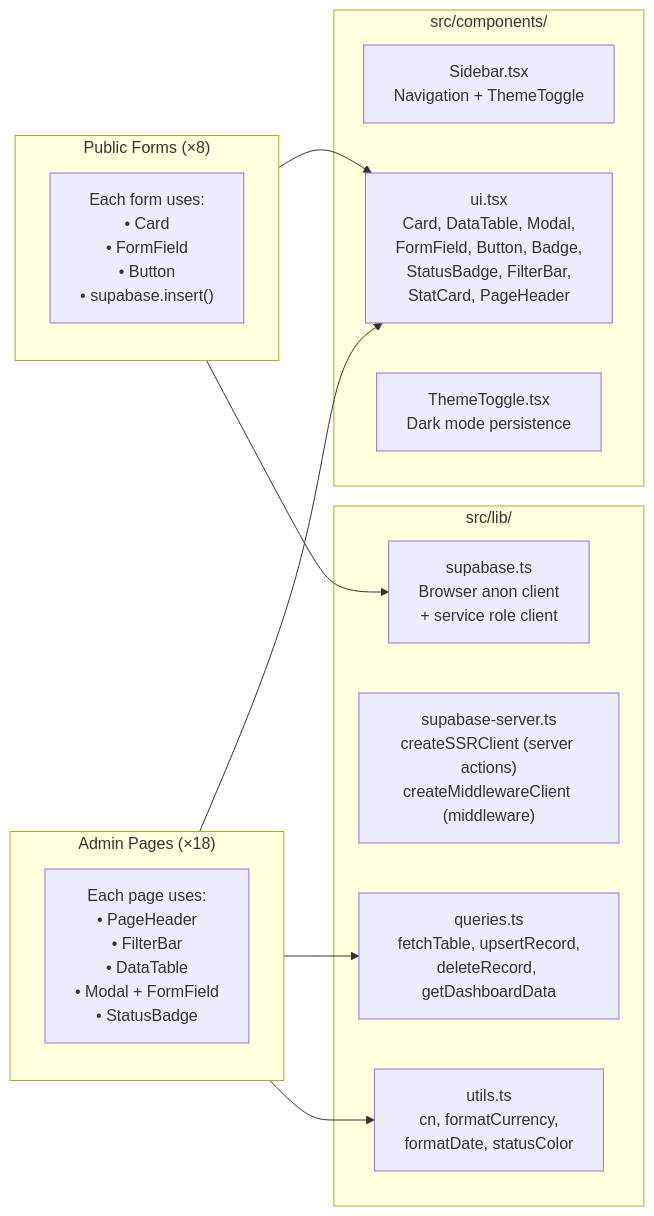
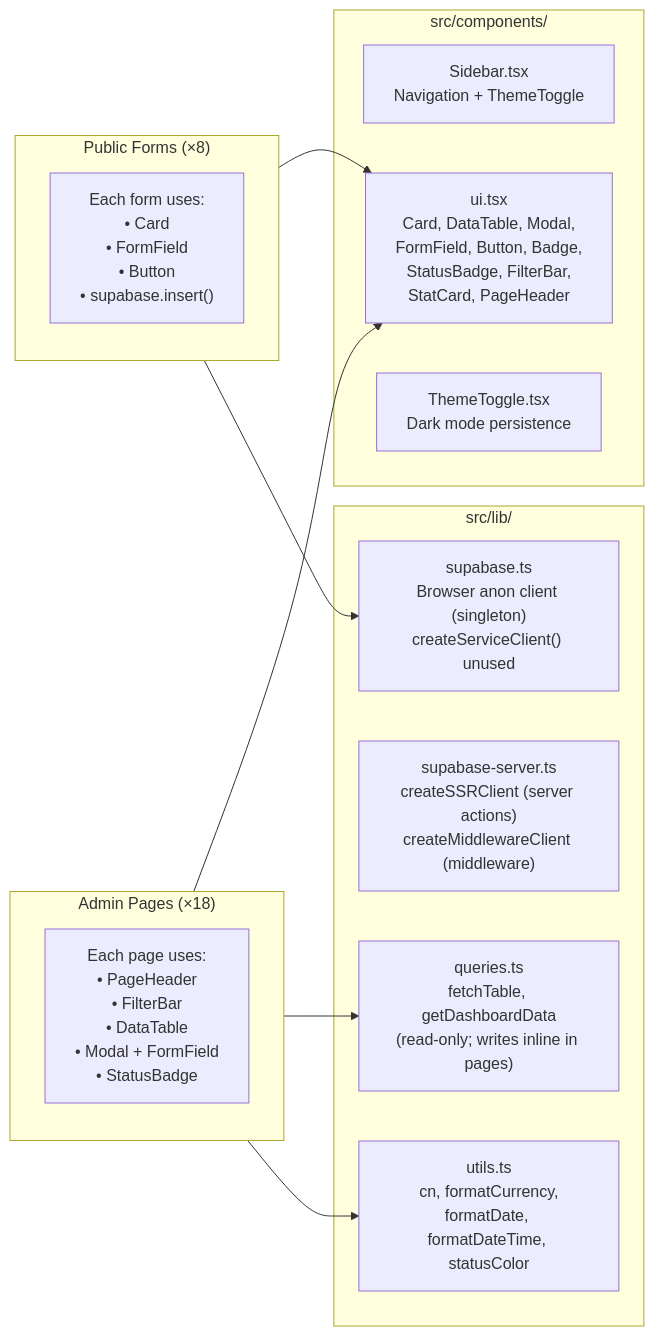
One commit to AIXMOS537/TMMT changed the second of 5 diagrams in docs/ARCHITECTURE.md. Above: the diagram before and after it, drawn with Mermaid. The commit also changed other lines of this file and 2 other files, not shown here.

First line of the commit message:
docs: sync ARCHITECTURE, STATUS, README with current codebase state

````diff
--- a/docs/ARCHITECTURE.md
+++ b/docs/ARCHITECTURE.md
@@ -113,29 +113,29 @@
 ```mermaid
 graph LR
     subgraph SharedComponents["src/components/"]
         Sidebar["Sidebar.tsx<br/>Navigation + ThemeToggle"]
         UI["ui.tsx<br/>Card, DataTable, Modal,<br/>FormField, Button, Badge,<br/>StatusBadge, FilterBar,<br/>StatCard, PageHeader"]
         Theme["ThemeToggle.tsx<br/>Dark mode persistence"]
     end
 
     subgraph Lib["src/lib/"]
-        Supabase["supabase.ts<br/>Browser anon client<br/>+ service role client"]
+        Supabase["supabase.ts<br/>Browser anon client (singleton)<br/>createServiceClient() unused"]
         SupabaseServer["supabase-server.ts<br/>createSSRClient (server actions)<br/>createMiddlewareClient (middleware)"]
-        Queries["queries.ts<br/>fetchTable, upsertRecord,<br/>deleteRecord, getDashboardData"]
-        Utils["utils.ts<br/>cn, formatCurrency,<br/>formatDate, statusColor"]
+        Queries["queries.ts<br/>fetchTable, getDashboardData<br/>(read-only; writes inline in pages)"]
+        Utils["utils.ts<br/>cn, formatCurrency,<br/>formatDate, formatDateTime, statusColor"]
     end
 
     subgraph Pages["Admin Pages (×18)"]
         P["Each page uses:<br/>• PageHeader<br/>• FilterBar<br/>• DataTable<br/>• Modal + FormField<br/>• StatusBadge"]
     end
 
     subgraph Forms["Public Forms (×8)"]
         F["Each form uses:<br/>• Card<br/>• FormField<br/>• Button<br/>• supabase.insert()"]
     end
 
     Pages --> UI
     Pages --> Queries
     Pages --> Utils
     Forms --> UI
     Forms --> Supabase
 ```
````
